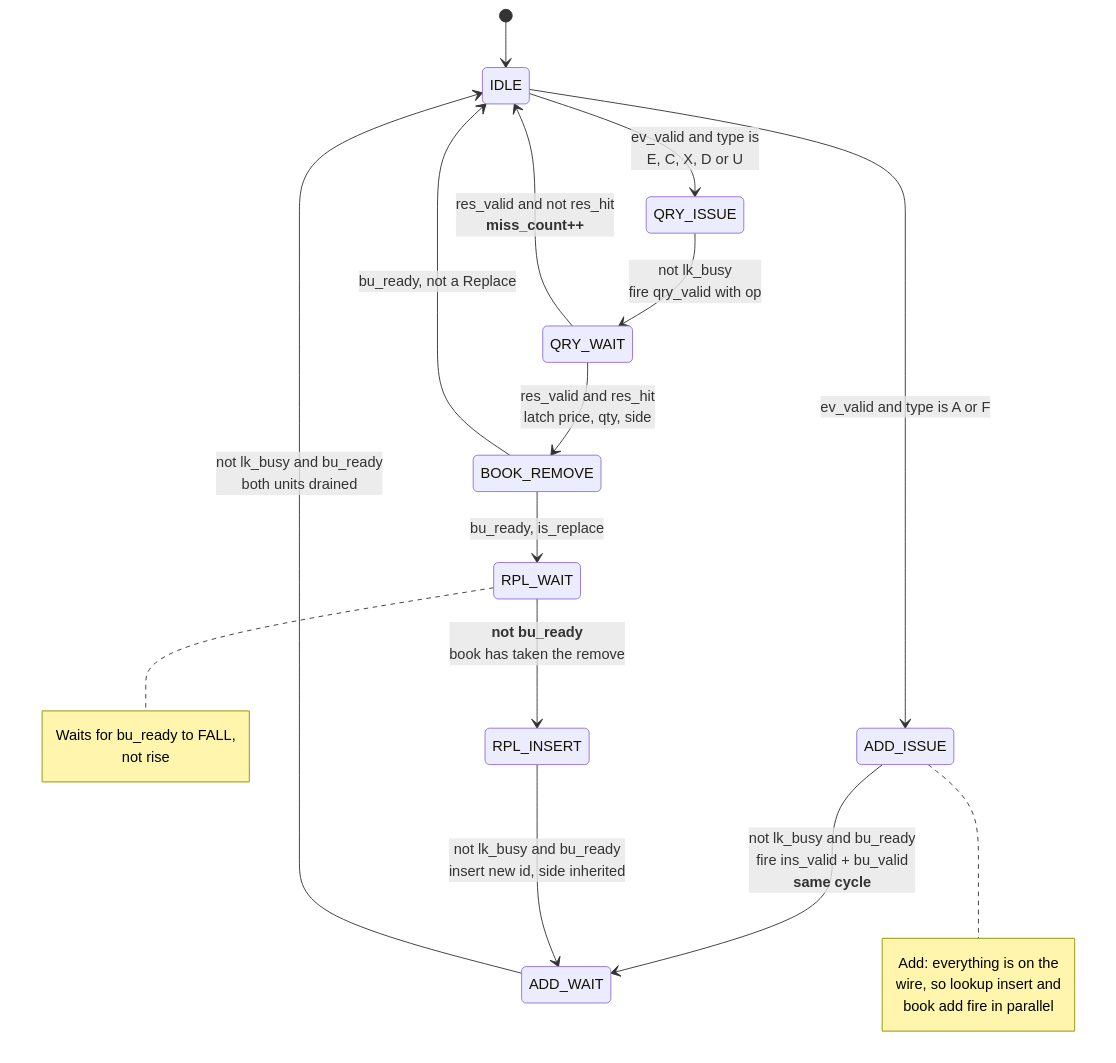
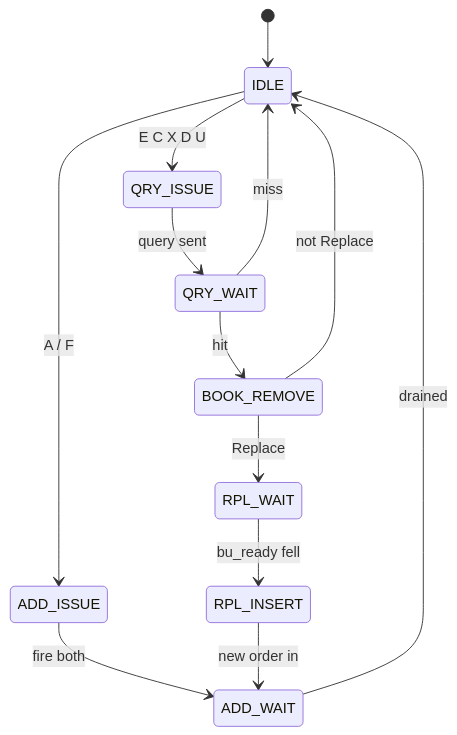
One commit to Rushmello369/fpga-feed-handler changed the second of 11 diagrams in README.md. Above: the diagram before and after it, drawn with Mermaid. The commit also changed other lines of this file and 12 other files, not shown here.

Commit message:
add diagrams for system and module architectures

````diff
--- a/README.md
+++ b/README.md
@@ -178,30 +187,15 @@
 ```mermaid
 stateDiagram-v2
     [*] --> IDLE
-
-    IDLE --> ADD_ISSUE : ev_valid and type is A or F
-    IDLE --> QRY_ISSUE : ev_valid and type is<br/>E, C, X, D or U
-
-    ADD_ISSUE --> ADD_WAIT : not lk_busy and bu_ready<br/>fire ins_valid + bu_valid<br/><b>same cycle</b>
-    ADD_WAIT --> IDLE : not lk_busy and bu_ready<br/>both units drained
-
-    QRY_ISSUE --> QRY_WAIT : not lk_busy<br/>fire qry_valid with op
-    QRY_WAIT --> BOOK_REMOVE : res_valid and res_hit<br/>latch price, qty, side
-    QRY_WAIT --> IDLE : res_valid and not res_hit<br/><b>miss_count++</b>
-
-    BOOK_REMOVE --> IDLE : bu_ready, not a Replace
-    BOOK_REMOVE --> RPL_WAIT : bu_ready, is_replace
-    RPL_WAIT --> RPL_INSERT : <b>not bu_ready</b><br/>book has taken the remove
-    RPL_INSERT --> ADD_WAIT : not lk_busy and bu_ready<br/>insert new id, side inherited
-
-    note right of ADD_ISSUE
-        Add: everything is on the
-        wire, so lookup insert and
-        book add fire in parallel
-    end note
-
-    note right of RPL_WAIT
-        Waits for bu_ready to FALL,
-        not rise
-    end note
+    IDLE --> ADD_ISSUE: A / F
+    IDLE --> QRY_ISSUE: E C X D U
+    ADD_ISSUE --> ADD_WAIT: fire both
+    ADD_WAIT --> IDLE: drained
+    QRY_ISSUE --> QRY_WAIT: query sent
+    QRY_WAIT --> BOOK_REMOVE: hit
+    QRY_WAIT --> IDLE: miss
+    BOOK_REMOVE --> IDLE: not Replace
+    BOOK_REMOVE --> RPL_WAIT: Replace
+    RPL_WAIT --> RPL_INSERT: bu_ready fell
+    RPL_INSERT --> ADD_WAIT: new order in
 ```
````
